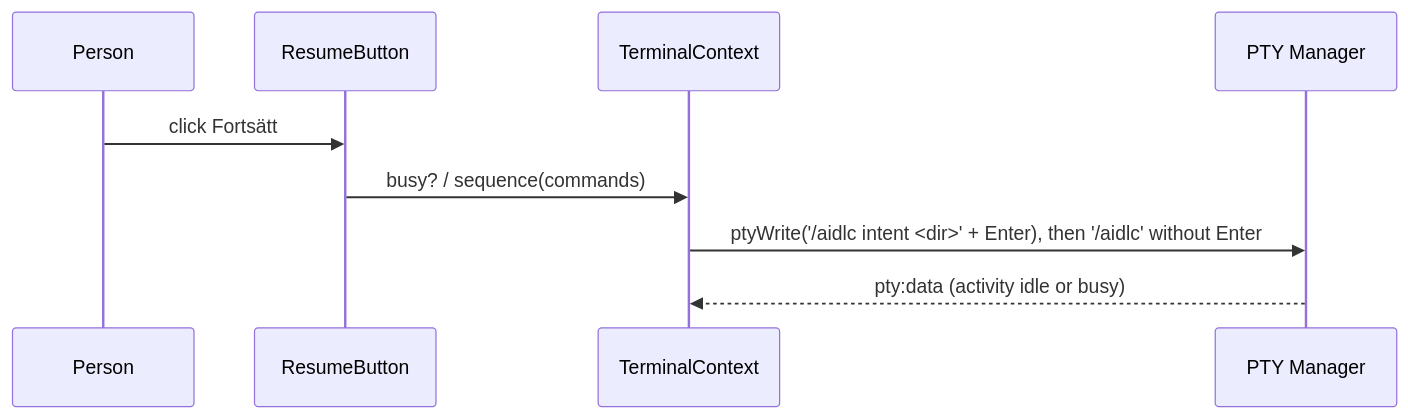
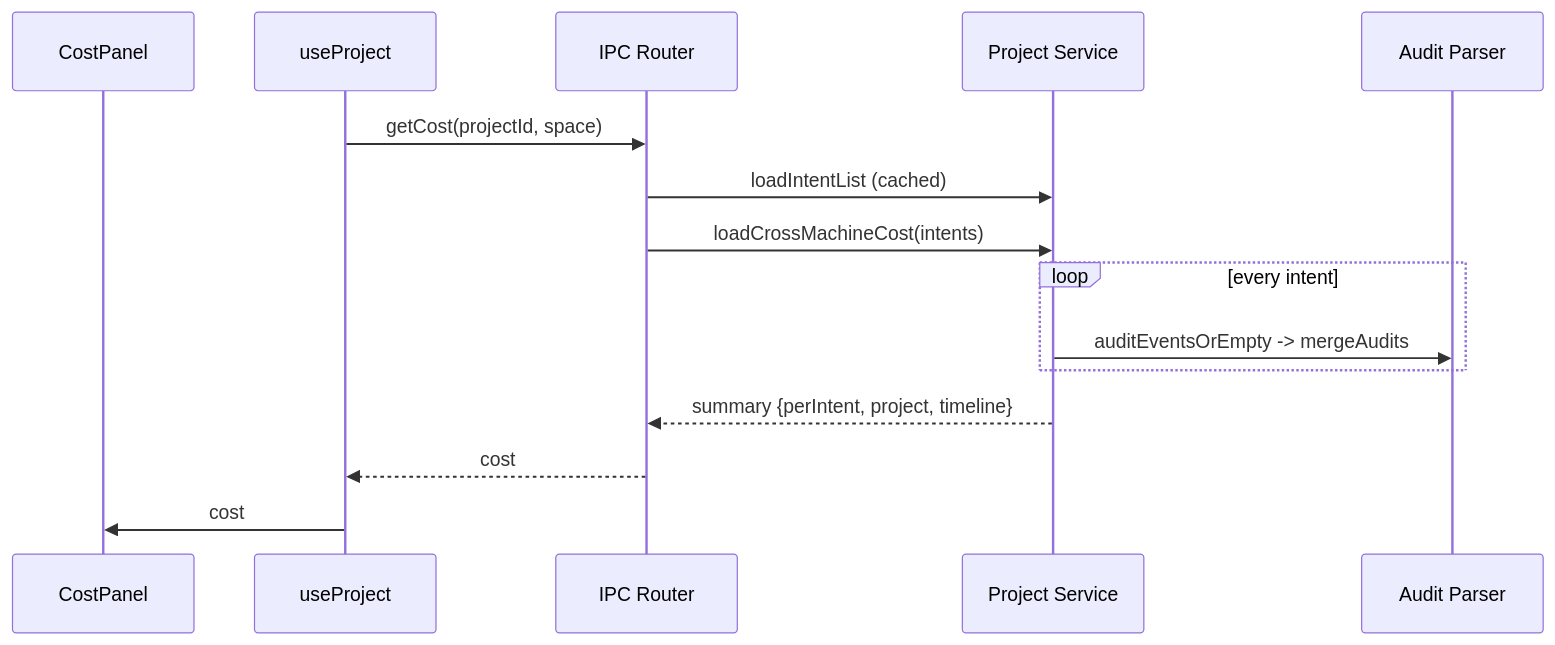
Before and after one commit to tochman/ai-dlc-thadeus: the third of 4 diagrams in aidlc/spaces/default/codekb/aidlc-dash/architecture.md, drawn with Mermaid. The commit also changed other lines of this file and 57 other files, not shown here.

````diff
--- a/aidlc/spaces/default/codekb/aidlc-dash/architecture.md
+++ b/aidlc/spaces/default/codekb/aidlc-dash/architecture.md
@@ -128,11 +119,17 @@
 ```mermaid
 sequenceDiagram
-  participant P as Person
-  participant RB as ResumeButton
-  participant TC as TerminalContext
-  participant PTY as PTY Manager
-  P->>RB: click Fortsätt
-  RB->>TC: busy? / sequence(commands)
-  TC->>PTY: ptyWrite('/aidlc intent <dir>' + Enter), then '/aidlc' without Enter
-  PTY-->>TC: pty:data (activity idle or busy)
+  participant CP as CostPanel
+  participant UP as useProject
+  participant IPC as IPC Router
+  participant PS as Project Service
+  participant AU as Audit Parser
+  UP->>IPC: getCost(projectId, space)
+  IPC->>PS: loadIntentList (cached)
+  IPC->>PS: loadCrossMachineCost(intents)
+  loop every intent
+    PS->>AU: auditEventsOrEmpty -> mergeAudits
+  end
+  PS-->>IPC: summary {perIntent, project, timeline}
+  IPC-->>UP: cost
+  UP->>CP: cost
 ```
````
